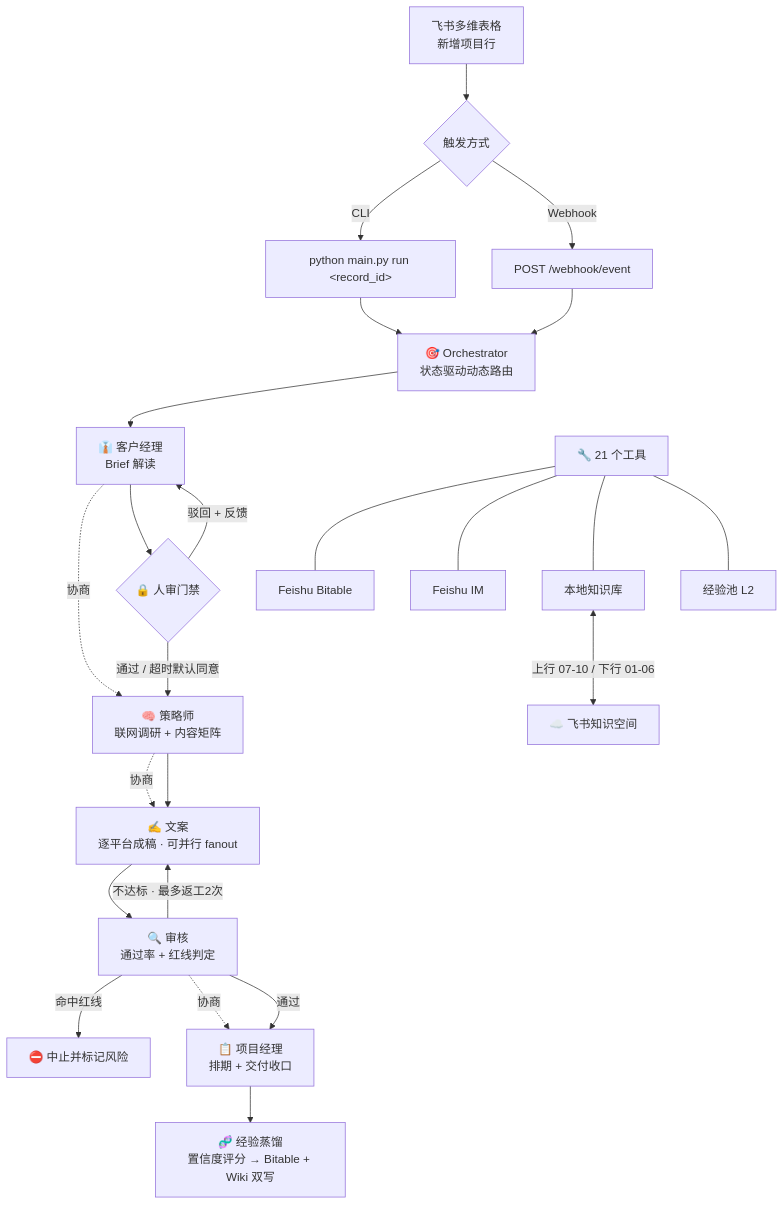
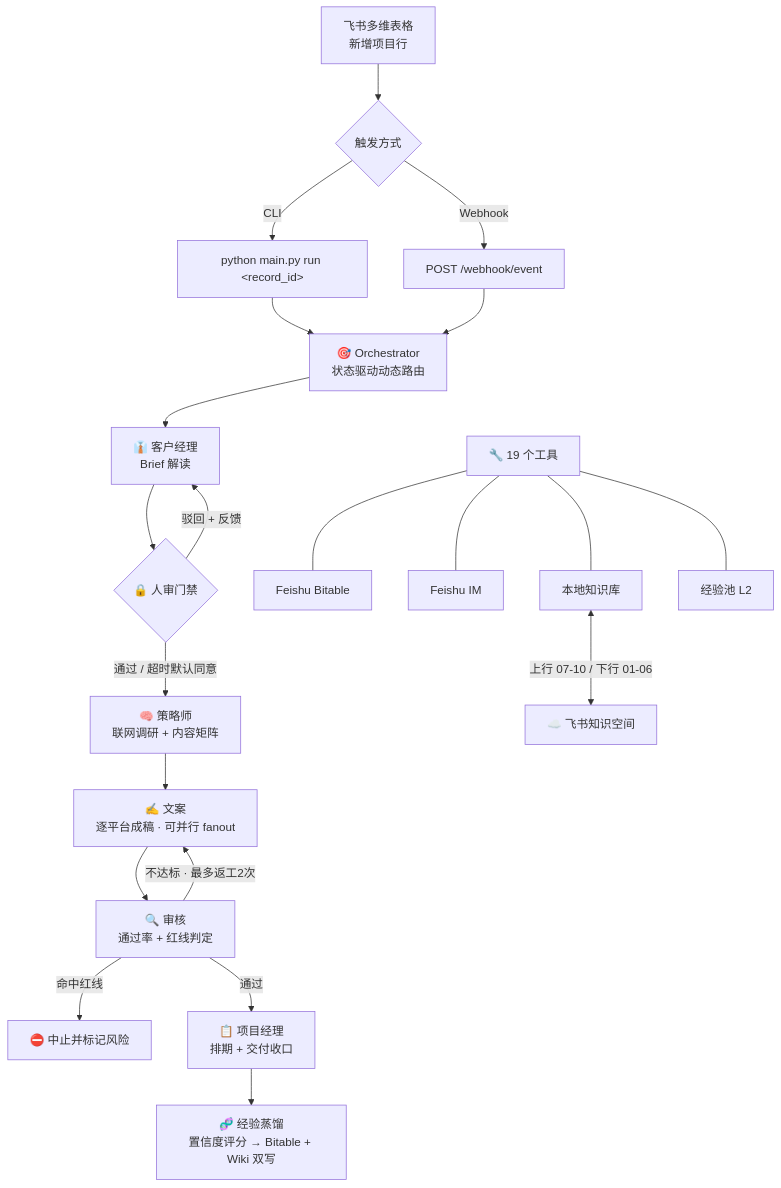
The diagram in README.md (Concentration-point/feishu-multi-agent), drawn with Mermaid before and after one commit. The commit also changed other lines of this file, not shown here.

````diff
--- a/README.md
+++ b/README.md
@@ -55,33 +55,31 @@
 ```mermaid
 flowchart TD
     A[飞书多维表格<br/>新增项目行] --> B{触发方式}
     B -->|CLI| C["python main.py run &lt;record_id&gt;"]
     B -->|Webhook| D["POST /webhook/event"]
 
     C --> E["🎯 Orchestrator<br/>状态驱动动态路由"]
     D --> E
 
     E --> F1["👔 客户经理<br/>Brief 解读"]
-    F1 -.->|协商| F2
     F1 --> G1{"🔒 人审门禁"}
     G1 -->|通过 / 超时默认同意| F2
     G1 -->|驳回 + 反馈| F1
 
-    F2["🧠 策略师<br/>联网调研 + 内容矩阵"] -.->|协商| F3
+    F2["🧠 策略师<br/>联网调研 + 内容矩阵"]
     F2 --> F3["✍️ 文案<br/>逐平台成稿 · 可并行 fanout"]
     F3 --> F4["🔍 审核<br/>通过率 + 红线判定"]
     F4 -->|不达标 · 最多返工2次| F3
     F4 -->|命中红线| X["⛔ 中止并标记风险"]
-    F4 -.->|协商| F5
     F4 -->|通过| F5["📋 项目经理<br/>排期 + 交付收口"]
 
     F5 --> H["🧬 经验蒸馏<br/>置信度评分 → Bitable + Wiki 双写"]
 
-    E ~~~ T["🔧 21 个工具"]
+    E ~~~ T["🔧 19 个工具"]
     T --- B1["Feishu Bitable"]
     T --- B2["Feishu IM"]
     T --- B3["本地知识库"]
     T --- B4["经验池 L2"]
 
     B3 <-->|上行 07-10 / 下行 01-06| W["☁️ 飞书知识空间"]
 ```
````
